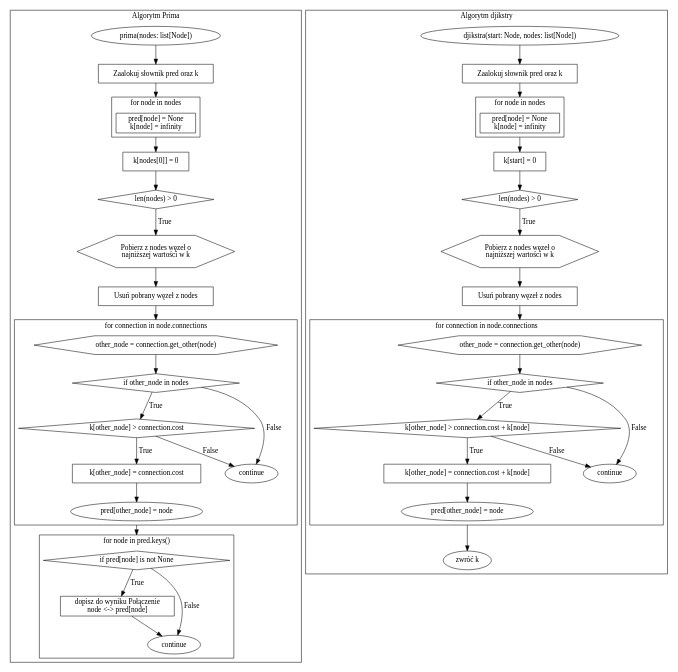
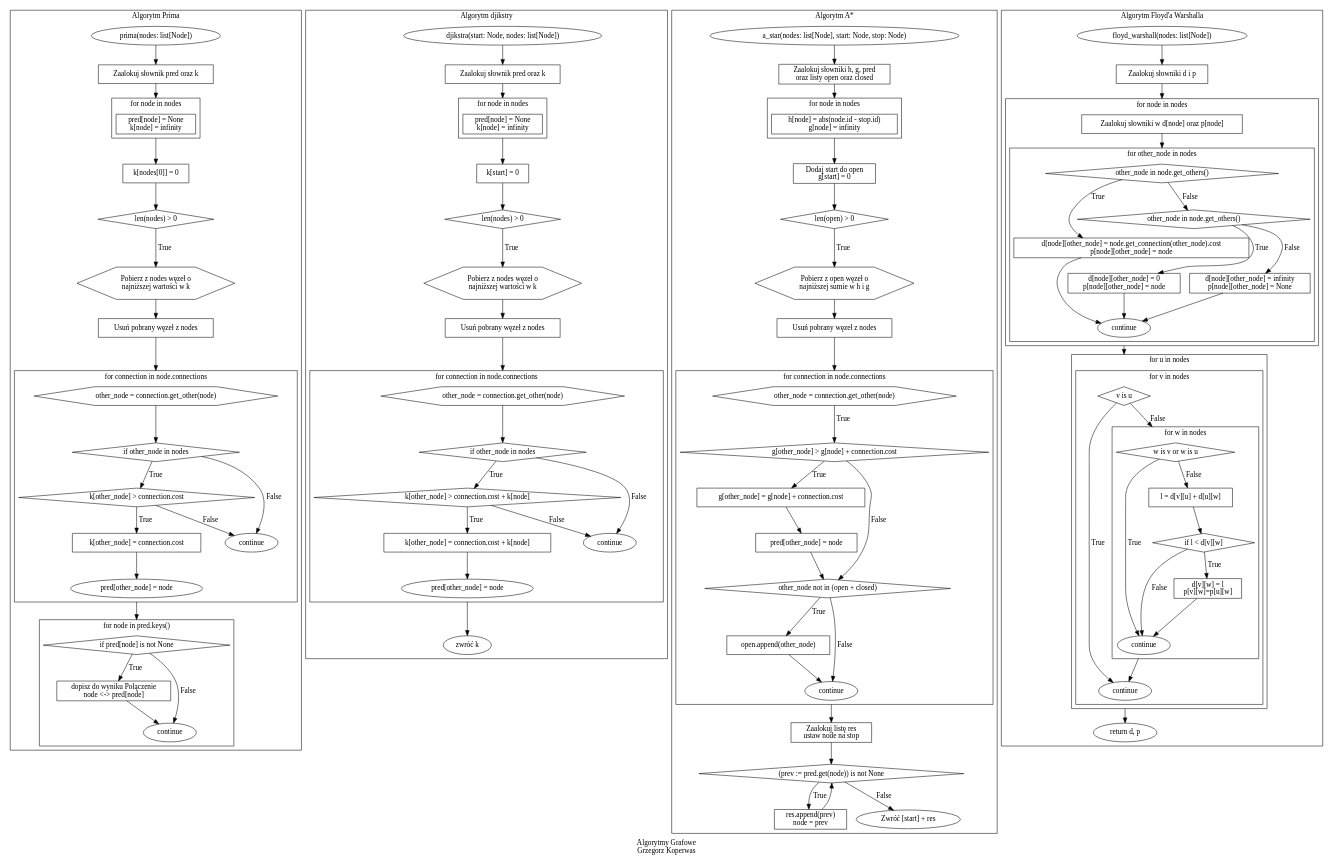
Before and after one commit to HakierGrzonzo/studiaNotowane: the diagram in kod III/Algorytmy/prima/prima.dot, drawn with Graphviz. The commit also changed 113 other files, not shown here.

```diff
--- a/kod III/Algorytmy/prima/prima.dot
+++ b/kod III/Algorytmy/prima/prima.dot
@@ -172,4 +172,211 @@
         djikstra8e -> djikstra9 [ltail=cluster_djikstra8];
         label="Algorytm djikstry"
     }
+    subgraph cluster_a {
+        a1 [
+            label="a_star(nodes: list[Node], start: Node, stop: Node)"
+            shape=oval
+        ]
+        a2 [
+            label="Zaalokuj słowniki h, g, pred\noraz listy open oraz closed"
+            shape=rect
+        ]
+            a1 -> a2;
+        subgraph cluster_a3 {
+            a3a [
+                label="h[node] = abs(node.id - stop.id)\ng[node] = infinity"
+                shape=rect
+            ]
+            label="for node in nodes"
+        }
+            a2 -> a3a [lhead=cluster_a3]
+        a4 [
+            label="Dodaj start do open\ng[start] = 0"
+            shape=rect
+        ]
+            a3a -> a4 [ltail=cluster_a3]
+        a5 [
+            label="len(open) > 0"
+            shape=diamond
+        ]
+            a4 -> a5;
+            a6a [
+                label="Pobierz z open węzeł o\nnajniższej sumie w h i g"
+                shape=hexagon
+            ]
+                a5 -> a6a [label=True];
+            a7a [
+                label="Usuń pobrany węzeł z nodes"
+                shape=rect
+            ]
+                a6a -> a7a;
+            subgraph cluster_a8 {
+                a8a [
+                    label="other_node = connection.get_other(node)"
+                    shape=hexagon
+                ]
+                a8c1 [
+                    label="g[other_node] > g[node] + connection.cost"
+                    shape=diamond
+                ]
+                    a8a -> a8c1 [label=True]
+                    a8d [
+                        label="g[other_node] = g[node] + connection.cost"
+                        shape=rect
+                    ]
+                        a8c1 -> a8d [label=True];
+                    a8e [
+                        label="pred[other_node] = node"
+                        shape=rect
+                    ]   
+                        a8d -> a8e;
+                a8c2 [
+                    label="other_node not in (open + closed)"
+                    shape=diamond
+                ]
+                    a8c1 -> a8c2 [label=False]
+                    a8e -> a8c2 
+                    a8g [
+                        label="open.append(other_node)"
+                        shape=rect
+                    ]
+                        a8c2 -> a8g [label=True]
+                    a8z [
+                        label="continue"
+                        shape=oval
+                    ]
+                        a8c2 -> a8z [label=False]
+                        a8g -> a8z
+                label="for connection in node.connections"
+            }
+                a7a -> a8a [lhead=cluster_a8]
+            a9 [
+                label="Zaalokuj listę res\nustaw node na stop"
+                shape=rect
+            ]   
+                a8z -> a9 [ltail=cluster_a8];
+            a10 [
+                label="(prev := pred.get(node)) is not None"
+                shape=diamond
+            ]
+                a9 -> a10
+                a10a [
+                    label="res.append(prev)\nnode = prev"
+                    shape=rect
+                ]
+                    a10 -> a10a [label=True]
+                    a10a -> a10
+            a11 [
+                label="Zwróć [start] + res"
+                shape=oval
+            ]   
+                a10 -> a11 [label=False]
+        label="Algorytm A*"
+    }
+    subgraph cluster_floyd {
+        f1 [
+            label="floyd_warshall(nodes: list[Node])"
+            shape=oval
+        ]
+        f2 [
+            label="Zaalokuj słowniki d i p"
+            shape=rect
+        ]
+            f1 -> f2;
+        subgraph cluster_f3 {
+            f3a [
+                label="Zaalokuj słowniki w d[node] oraz p[node]"
+                shape=rect
+            ]
+            subgraph cluster_f3b {
+                f3b1 [
+                    label="other_node in node.get_others()"
+                    shape=diamond
+                ]
+                f3b1a [
+                    label="d[node][other_node] = node.get_connection(other_node).cost\np[node][other_node] = node"
+                    shape=rect
+                ]
+                    f3b1 -> f3b1a [label=True]
+                f3b2 [
+                    label="other_node in node.get_others()"
+                    shape=diamond
+                ]
+                    f3b1 -> f3b2 [label=False]
+                f3b2a [
+                    label="d[node][other_node] = 0\np[node][other_node] = node"
+                    shape=rect
+                ]
+                    f3b2 -> f3b2a [label=True]
+                f3b2b [
+                    label="d[node][other_node] = infinity\np[node][other_node] = None"
+                    shape=rect
+                ]
+                    f3b2 -> f3b2b [label=False]
+                f3f [
+                    label="continue"
+                    shape="oval"
+                ]
+                {f3b1a f3b2a f3b2b} -> f3f;
+                label="for other_node in nodes"
+            }
+                f3a -> f3b1 [lhead="cluster_f3b"]
+            label="for node in nodes"
+        }
+            f2 -> f3a [lhead="cluster_f3"]
+            f6 [
+                label="return d, p"
+                shape="oval"
+            ]
+        subgraph cluster_f4 {
+            subgraph cluster_f4a {
+                f41 [
+                    label="v is u"
+                    shape=diamond
+                ]
+                    f41a [
+                        label="continue"
+                        shape=oval
+                    ]
+                    f41 -> f41a [label=True]
+                subgraph cluster_f5 {
+                    f51 [
+                        label="w is v or w is u"
+                        shape=diamond
+                    ]
+                        f51a [
+                            label="continue"
+                            shape=oval
+                        ]
+                        f51 -> f51a [label=True]
+                        f52 [
+                            label="l = d[v][u] + d[u][w]"
+                            shape=rect
+                        ]
+                        f51 -> f52 [label=False]
+                        f53 [
+                            label="if l < d[v][w]"
+                            shape=diamond
+                        ]
+                            f52 -> f53;
+                            f53a [
+                                label="d[v][w] = l\np[v][w]=p[u][w]"
+                                shape=rect
+                            ]
+                            f53 -> f53a [label=True]
+                            f53 -> f51a [label=False]
+                            f53a -> f51a
+                    label="for w in nodes"
+                }
+                f41 -> f51 [lhead="cluster_f5" label=False]
+                f51a -> f41a [ltail="cluster_f5"]
+                label="for v in nodes"
+            }
+            label="for u in nodes"
+        }
+        f3f -> f41 [ltail="cluster_f3" lhead="cluster_f4"]
+        f41a -> f6 [ltail="cluster_f4"]
+        label="Algorytm Floyd'a Warshalla"
+    }
+    label="Algorytmy Grafowe\nGrzegorz Koperwas"
 }
```
